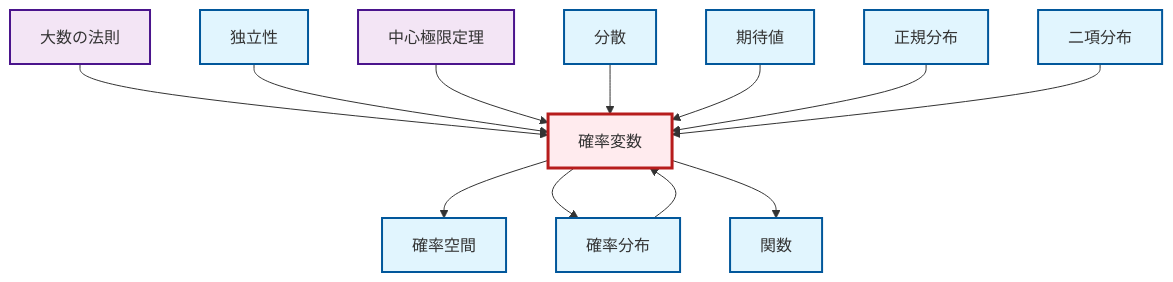
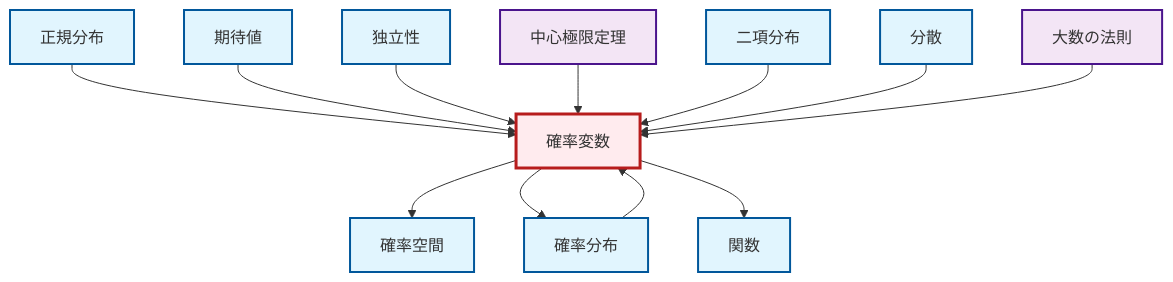
The diagram in output/mermaid/ja/def-random-variable.mermaid (RK0429/ModernMath), drawn with Mermaid before and after one commit. The commit also changed other lines of this file and 1717 other files, not shown here.

```diff
--- a/output/mermaid/ja/def-random-variable.mermaid
+++ b/output/mermaid/ja/def-random-variable.mermaid
@@ -1,29 +1,29 @@
 graph TD
     classDef definition fill:#e1f5fe,stroke:#01579b,stroke-width:2px
     classDef theorem fill:#f3e5f5,stroke:#4a148c,stroke-width:2px
     classDef axiom fill:#fff3e0,stroke:#e65100,stroke-width:2px
     classDef example fill:#e8f5e9,stroke:#1b5e20,stroke-width:2px
     classDef current fill:#ffebee,stroke:#b71c1c,stroke-width:3px
+    def-variance["分散"]:::definition
+    def-random-variable["確率変数"]:::definition
+    def-probability-space["確率空間"]:::definition
+    thm-law-of-large-numbers["大数の法則"]:::theorem
+    def-probability-distribution["確率分布"]:::definition
+    thm-central-limit["中心極限定理"]:::theorem
+    def-binomial-distribution["二項分布"]:::definition
     def-function["関数"]:::definition
-    def-variance["分散"]:::definition
-    def-probability-space["確率空間"]:::definition
+    def-normal-distribution["正規分布"]:::definition
     def-independence["独立性"]:::definition
-    def-random-variable["確率変数"]:::definition
-    thm-central-limit["中心極限定理"]:::theorem
     def-expectation["期待値"]:::definition
-    def-probability-distribution["確率分布"]:::definition
-    def-normal-distribution["正規分布"]:::definition
-    def-binomial-distribution["二項分布"]:::definition
-    thm-law-of-large-numbers["大数の法則"]:::theorem
     def-random-variable --> def-probability-space
+    def-normal-distribution --> def-random-variable
+    def-random-variable --> def-probability-distribution
     def-probability-distribution --> def-random-variable
+    def-expectation --> def-random-variable
+    def-independence --> def-random-variable
+    def-random-variable --> def-function
+    thm-central-limit --> def-random-variable
+    def-binomial-distribution --> def-random-variable
+    def-variance --> def-random-variable
     thm-law-of-large-numbers --> def-random-variable
-    def-independence --> def-random-variable
-    thm-central-limit --> def-random-variable
-    def-variance --> def-random-variable
-    def-expectation --> def-random-variable
-    def-normal-distribution --> def-random-variable
-    def-binomial-distribution --> def-random-variable
-    def-random-variable --> def-probability-distribution
-    def-random-variable --> def-function
     class def-random-variable current
```
